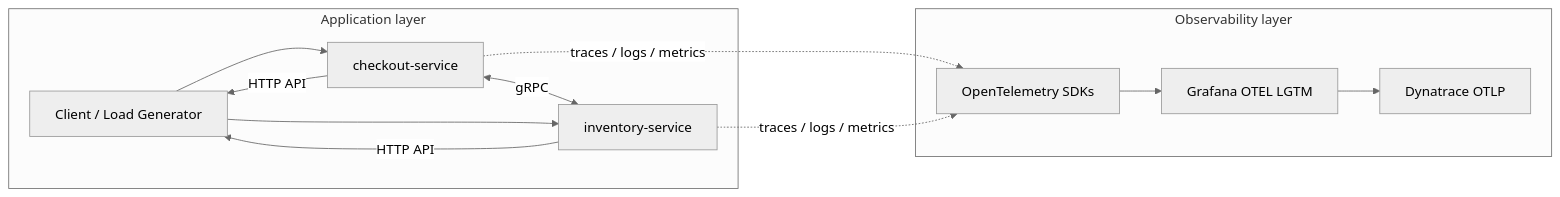
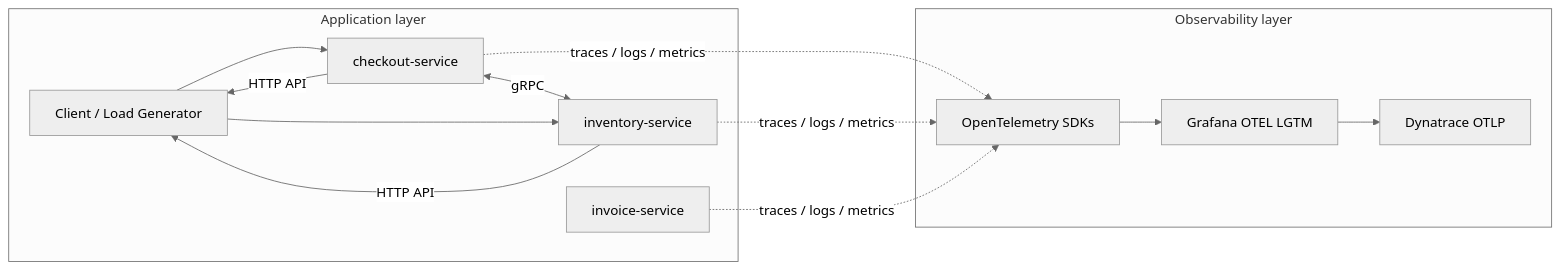
One commit to AhmedAbouelkher/micro_market changed the first of 2 diagrams in README.md. Above: the diagram before and after it, drawn with Mermaid (neutral theme). The commit also changed other lines of this file, not shown here.

First line of the commit message:
Update README.md to reflect changes in Micro Market architecture and services

````diff
--- a/README.md
+++ b/README.md
@@ -47,25 +48,27 @@
 ```mermaid
 flowchart LR
   User[Client / Load Generator]
 
   subgraph App[Application layer]
     Checkout[checkout-service]
     Inventory[inventory-service]
+    Invoice[invoice-service]
     Checkout -->|HTTP API| User
     Inventory -->|HTTP API| User
     Checkout <-->|gRPC| Inventory
   end
 
   subgraph Obs[Observability layer]
     OTEL[OpenTelemetry SDKs]
     LGTM[Grafana OTEL LGTM]
     Dynatrace[Dynatrace OTLP]
     OTEL --> LGTM
     LGTM --> Dynatrace
   end
 
   Checkout -. traces / logs / metrics .-> OTEL
   Inventory -. traces / logs / metrics .-> OTEL
+  Invoice -. traces / logs / metrics .-> OTEL
   User --> Checkout
   User --> Inventory
 ```
````
